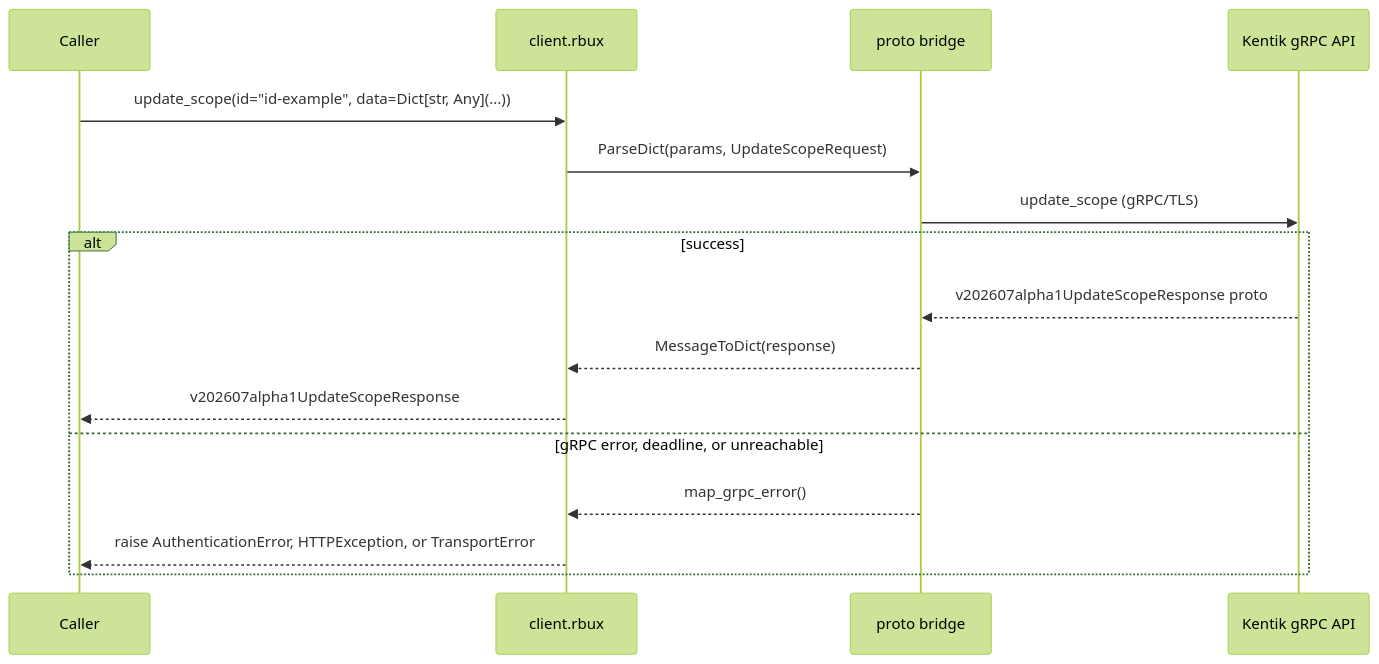
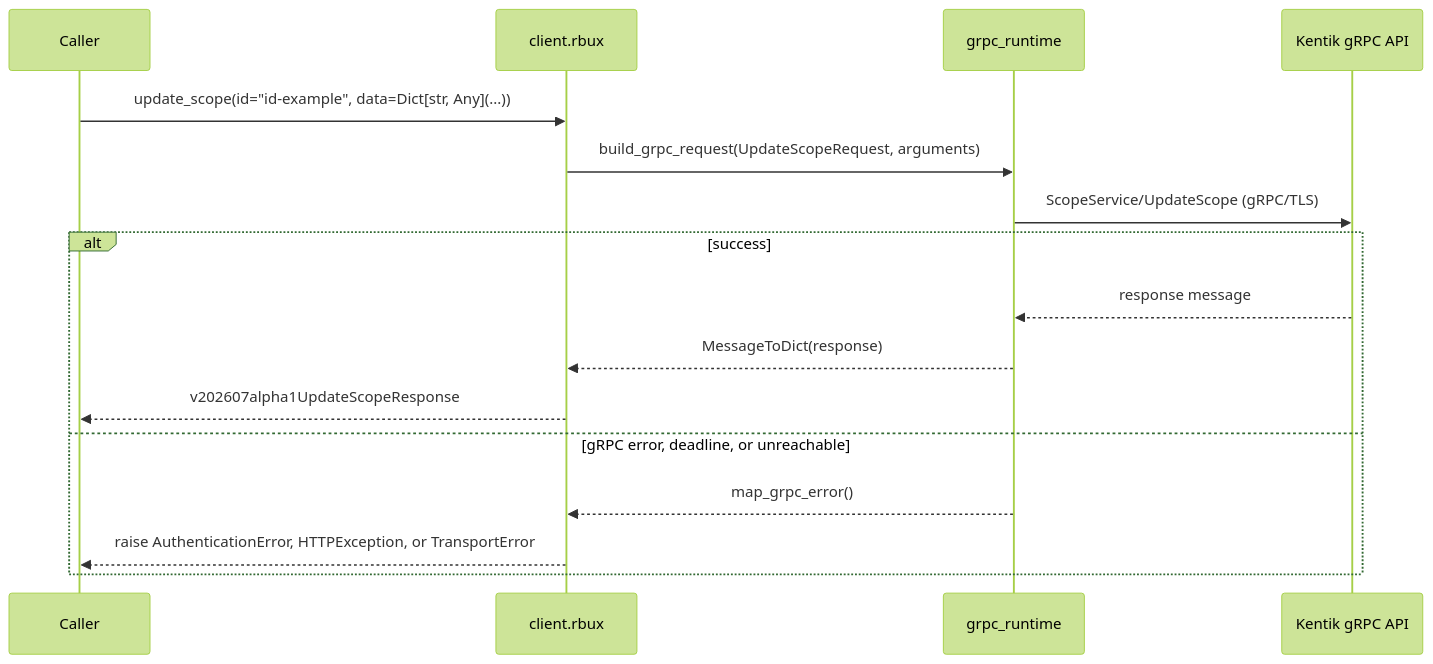
One commit to alexdearaujo/community_sdk_python changed the ninth of 12 diagrams in docs/sphinx/services/rbux.md. Above: the diagram before and after it, drawn with Mermaid (forest theme). The commit also changed other lines of this file and 37 other files, not shown here.

First line of the commit message:
docs: show the real RPC in each service page's gRPC diagram

````diff
--- a/docs/sphinx/services/rbux.md
+++ b/docs/sphinx/services/rbux.md
@@ -279,19 +279,19 @@
 ```mermaid
 sequenceDiagram
     participant C as Caller
     participant W as client.rbux
-    participant B as proto bridge
+    participant R as grpc_runtime
     participant API as Kentik gRPC API
 
     C->>W: update_scope(id="id-example", data=Dict[str, Any](...))
-    W->>B: ParseDict(params, UpdateScopeRequest)
-    B->>API: update_scope (gRPC/TLS)
+    W->>R: build_grpc_request(UpdateScopeRequest, arguments)
+    R->>API: ScopeService/UpdateScope (gRPC/TLS)
     alt success
-        API-->>B: v202607alpha1UpdateScopeResponse proto
-        B-->>W: MessageToDict(response)
+        API-->>R: response message
+        R-->>W: MessageToDict(response)
         W-->>C: v202607alpha1UpdateScopeResponse
     else gRPC error, deadline, or unreachable
-        B-->>W: map_grpc_error()
+        R-->>W: map_grpc_error()
         W-->>C: raise AuthenticationError, HTTPException, or TransportError
     end
 ```
````
